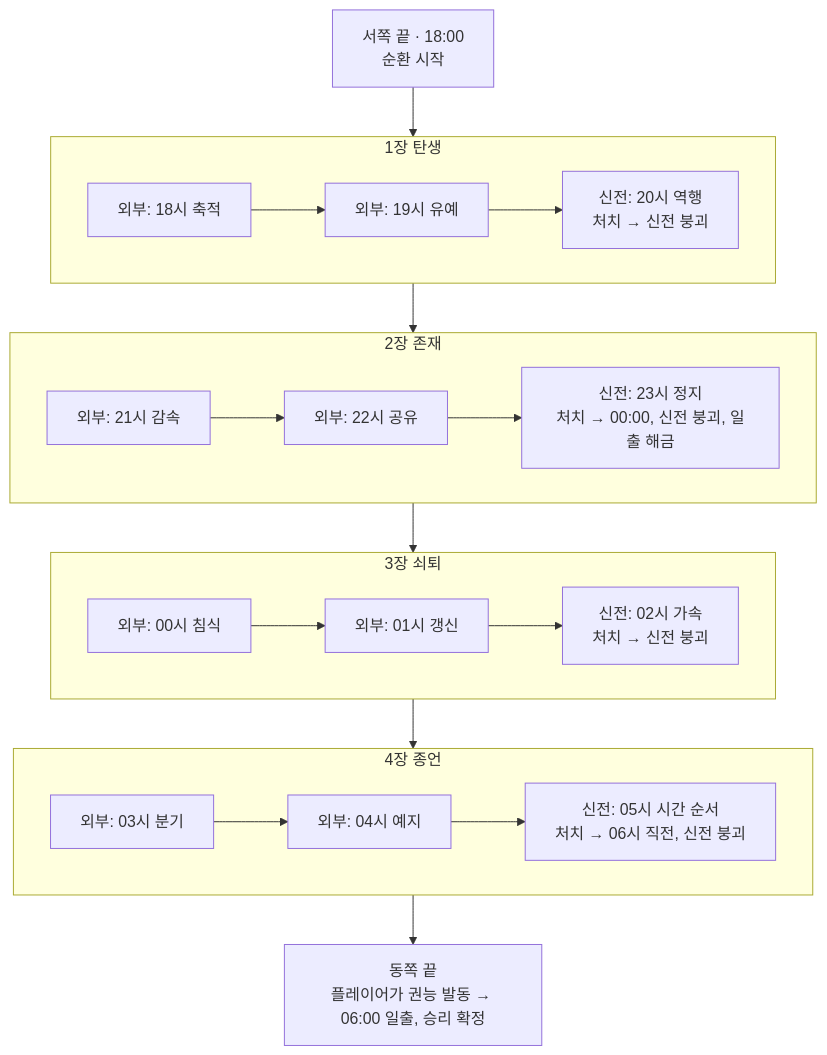
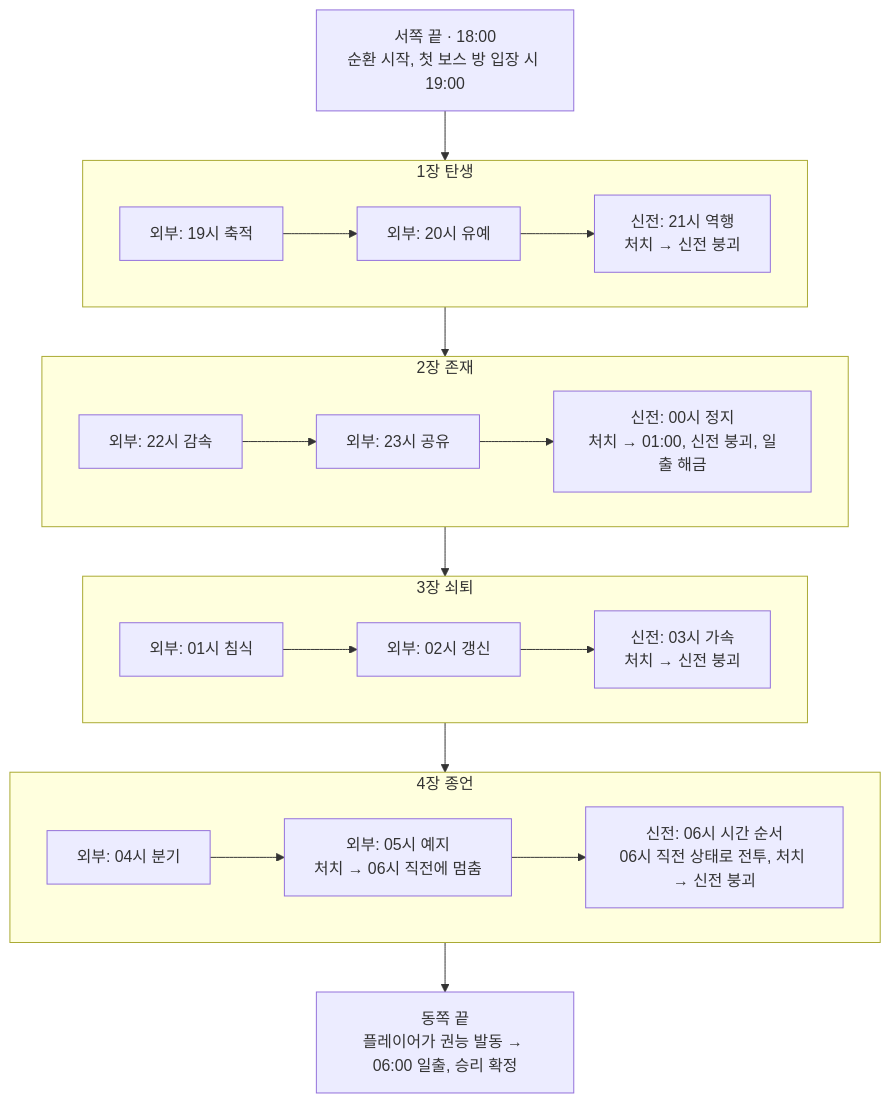
Before and after one commit to junseo2k/Math-RPG: the second of 3 diagrams in Docs/Design/WorldLevelStructure.md, drawn with Mermaid. The commit also changed other lines of this file and 1 other file, not shown here.

````diff
--- a/Docs/Design/WorldLevelStructure.md
+++ b/Docs/Design/WorldLevelStructure.md
@@ -145,20 +150,20 @@
 ```mermaid
 flowchart TD
-    W["서쪽 끝 · 18:00<br/>순환 시작"] --> C1
+    W["서쪽 끝 · 18:00<br/>순환 시작, 첫 보스 방 입장 시 19:00"] --> C1
     subgraph C1["1장 탄생"]
-        A1["외부: 18시 축적"] --> A2["외부: 19시 유예"] --> A3["신전: 20시 역행<br/>처치 → 신전 붕괴"]
+        A1["외부: 19시 축적"] --> A2["외부: 20시 유예"] --> A3["신전: 21시 역행<br/>처치 → 신전 붕괴"]
     end
     C1 --> C2
     subgraph C2["2장 존재"]
-        B1["외부: 21시 감속"] --> B2["외부: 22시 공유"] --> B3["신전: 23시 정지<br/>처치 → 00:00, 신전 붕괴, 일출 해금"]
+        B1["외부: 22시 감속"] --> B2["외부: 23시 공유"] --> B3["신전: 00시 정지<br/>처치 → 01:00, 신전 붕괴, 일출 해금"]
     end
     C2 --> C3
     subgraph C3["3장 쇠퇴"]
-        D1["외부: 00시 침식"] --> D2["외부: 01시 갱신"] --> D3["신전: 02시 가속<br/>처치 → 신전 붕괴"]
+        D1["외부: 01시 침식"] --> D2["외부: 02시 갱신"] --> D3["신전: 03시 가속<br/>처치 → 신전 붕괴"]
     end
     C3 --> C4
     subgraph C4["4장 종언"]
-        E1["외부: 03시 분기"] --> E2["외부: 04시 예지"] --> E3["신전: 05시 시간 순서<br/>처치 → 06시 직전, 신전 붕괴"]
+        E1["외부: 04시 분기"] --> E2["외부: 05시 예지<br/>처치 → 06시 직전에 멈춤"] --> E3["신전: 06시 시간 순서<br/>06시 직전 상태로 전투, 처치 → 신전 붕괴"]
     end
     C4 --> R["동쪽 끝<br/>플레이어가 권능 발동 → 06:00 일출, 승리 확정"]
 ```
````
